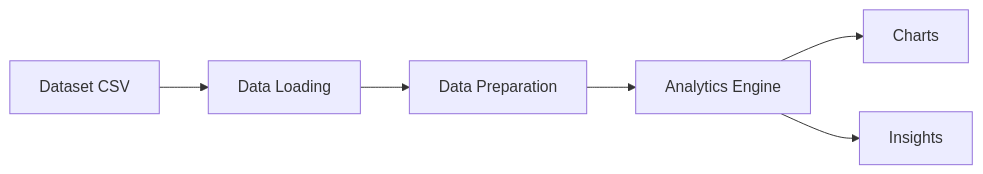
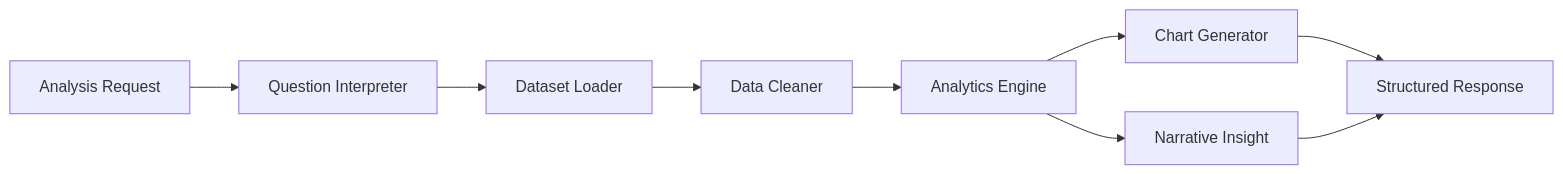
One commit to marcosaccani1/maranello-ai changed the eighth of 10 diagrams in docs/it/03_System_Architecture.md. Above: the diagram before and after it, drawn with Mermaid. The commit also changed other lines of this file and 7 other files, not shown here.

````diff
--- a/docs/it/03_System_Architecture.md
+++ b/docs/it/03_System_Architecture.md
@@ -954,25 +1314,21 @@
 ```mermaid
 flowchart LR
 
-CSV["Dataset CSV"]
+    Request["Analysis Request"]
+    Interpreter["Question Interpreter"]
+    Loader["Dataset Loader"]
+    Cleaner["Data Cleaner"]
+    Analytics["Analytics Engine"]
+    Chart["Chart Generator"]
+    Insight["Narrative Insight"]
+    Response["Structured Response"]
 
-Load["Data Loading"]
-
-Clean["Data Preparation"]
-
-Analysis["Analytics Engine"]
-
-Charts["Charts"]
-
-Insights["Insights"]
-
-CSV --> Load
-
-Load --> Clean
-
-Clean --> Analysis
-
-Analysis --> Charts
-
-Analysis --> Insights
+    Request --> Interpreter
+    Interpreter --> Loader
+    Loader --> Cleaner
+    Cleaner --> Analytics
+    Analytics --> Chart
+    Analytics --> Insight
+    Chart --> Response
+    Insight --> Response
 ```
````
